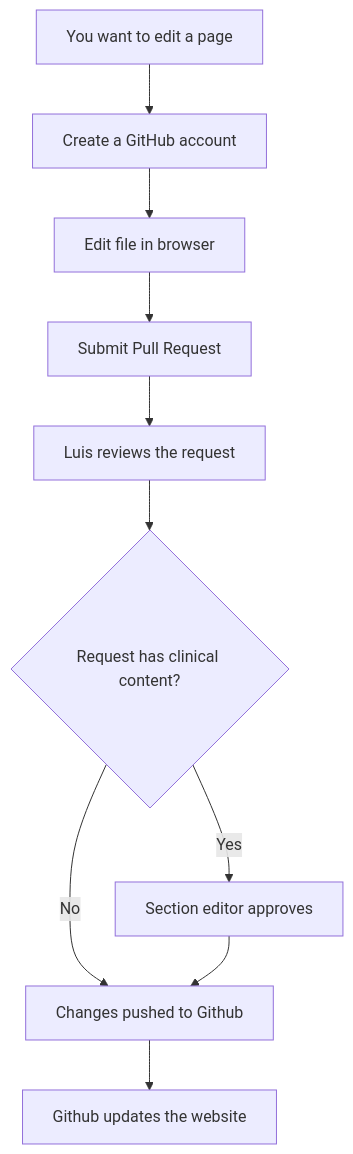
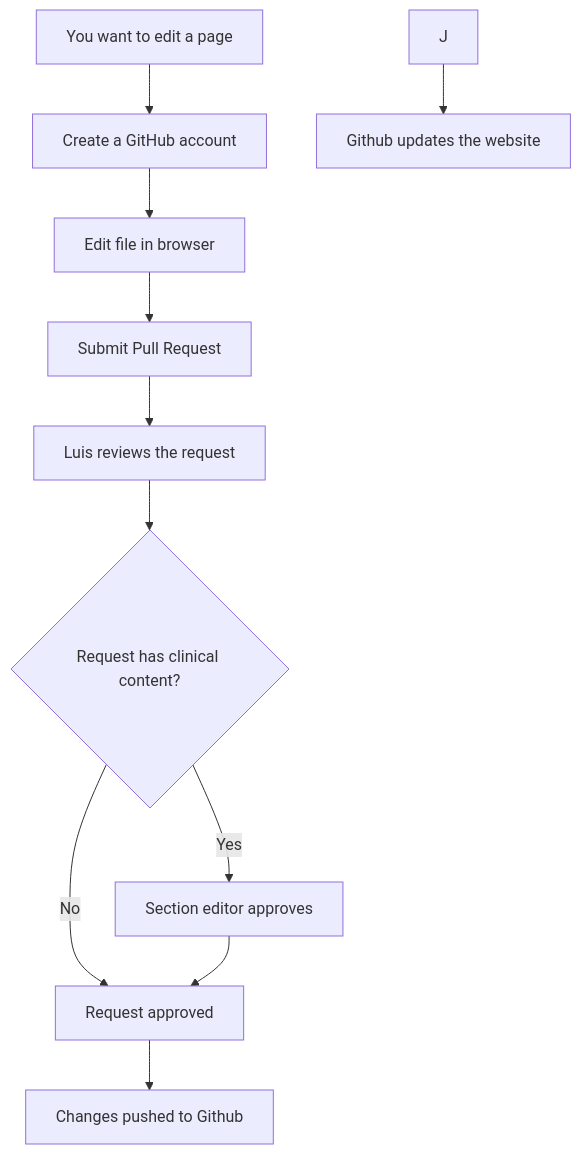
One commit to ufneurology/handbook changed the diagram in README.md. Above: the diagram before and after it, drawn with Mermaid.

````diff
--- a/README.md
+++ b/README.md
@@ -59,12 +59,13 @@
 ```mermaid
 flowchart TD
     A[You want to edit a page] --> B[Create a GitHub account]
     B --> C[Edit file in browser]
     C --> D[Submit Pull Request]
     D --> E[Luis reviews the request]
     E --> F{Request has clinical content?}
     F -->|Yes| G[Section editor approves]
-    F -->|No| H[Changes pushed to Github]
+    F -->|No| H[Request approved]
     G --> H
-    H --> I[Github updates the website]
+    H --> I[Changes pushed to Github]
+    J --> K[Github updates the website]
 ```
````
